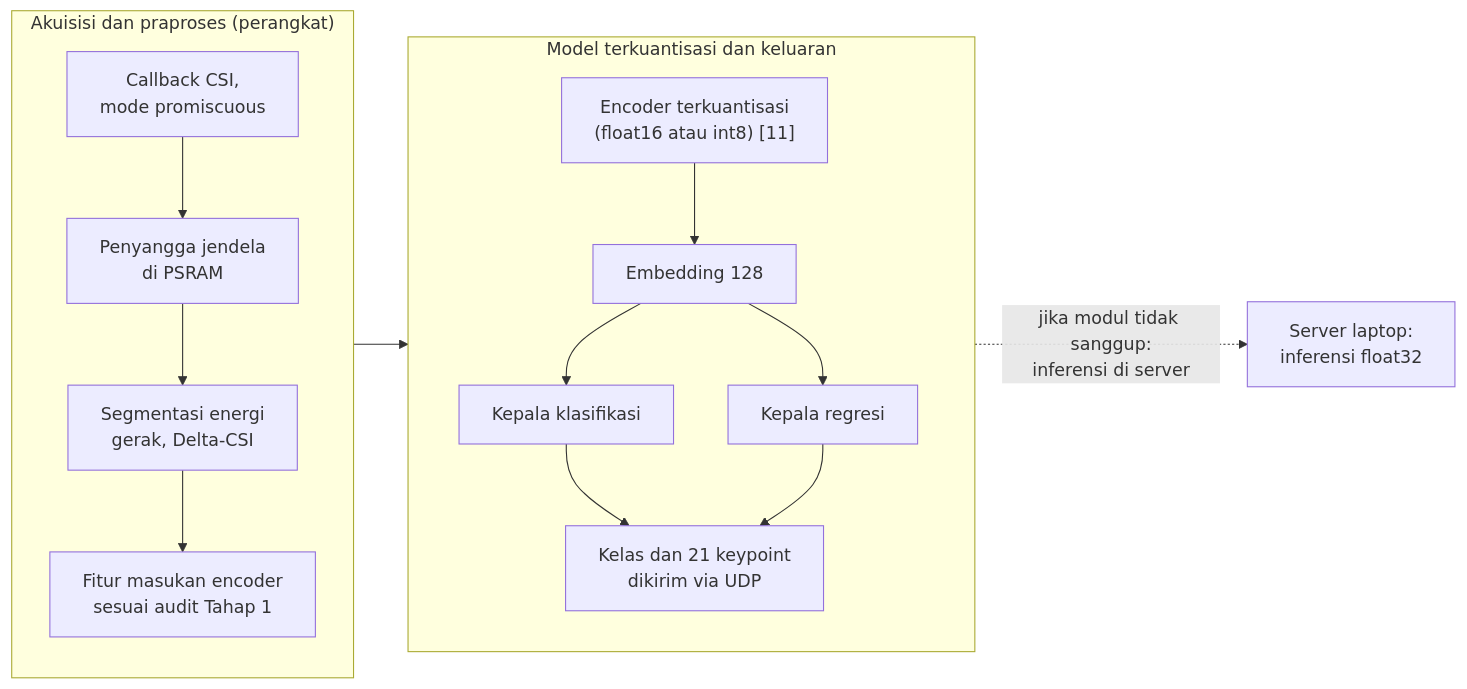
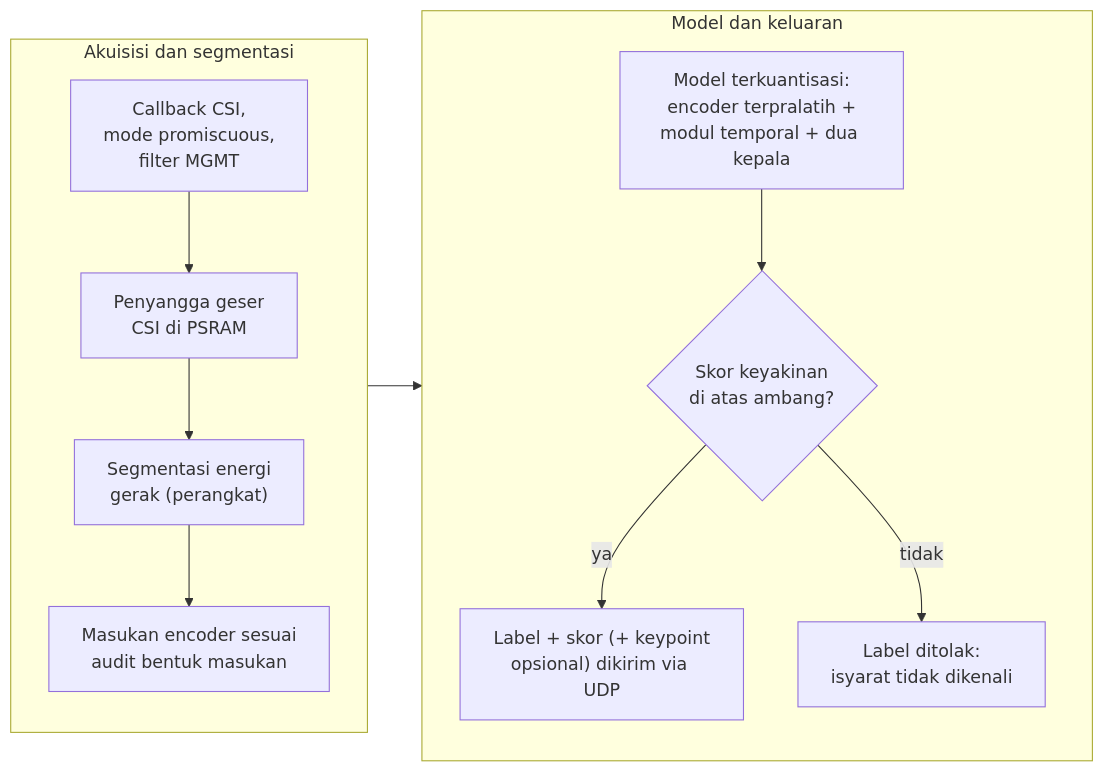
Before and after one commit to ILoveTahuTek/skripsi: the third of 3 diagrams in download/sensesibi-v10/_kerja-g16/src/03-bab3.md, drawn with Mermaid. The commit also changed other lines of this file and 30 other files, not shown here.

````diff
--- a/download/sensesibi-v10/_kerja-g16/src/03-bab3.md
+++ b/download/sensesibi-v10/_kerja-g16/src/03-bab3.md
@@ -217,33 +232,27 @@
 ```mermaid
 flowchart LR
-    accTitle: Alur inferensi model terkuantisasi pada ESP32-S3
-    accDescr: Bingkai CSI masuk melalui callback mode promiscuous ke penyangga jendela di PSRAM, segmen terdeteksi dari energi gerak Delta-CSI, fitur masukan encoder dihitung sesuai audit Tahap 1, encoder terkuantisasi menghasilkan embedding 128 dimensi, kepala klasifikasi dan kepala regresi menghasilkan kelas dan 21 keypoint, lalu keluaran dikirim via UDP. Jalur cadangan memindahkan inferensi ke server jika modul tidak sanggup.
+    accTitle: Alur inferensi langsung pada ESP32-S3
+    accDescr: Bingkai promiscuous masuk ke penyangga geser di PSRAM, segmen terdeteksi dari energi gerak, masukan encoder disiapkan sesuai audit bentuk masukan, model terkuantisasi berupa encoder terpralatih, modul temporal, dan dua kepala menghasilkan kelas beserta skor dan keypoint opsional, keluaran di atas ambang dikirim via UDP, dan keluaran di bawah ambang ditolak sebagai isyarat tidak dikenali.
 
-    subgraph R1["Akuisisi dan praproses (perangkat)"]
+    subgraph R1["Akuisisi dan segmentasi"]
         direction TB
-    CSI["Callback CSI,<br/>mode promiscuous"]
-    BUF["Penyangga jendela<br/>di PSRAM"]
-    SEG["Segmentasi energi<br/>gerak, Delta-CSI"]
-    FT["Fitur masukan encoder<br/>sesuai audit Tahap 1"]
+    CSI["Callback CSI,<br/>mode promiscuous,<br/>filter MGMT"]
+    BUF["Penyangga geser<br/>CSI di PSRAM"]
+    SEG["Segmentasi energi<br/>gerak (perangkat)"]
+    FT["Masukan encoder sesuai<br/>audit bentuk masukan"]
     CSI --> BUF
     BUF --> SEG
     SEG --> FT
     end
-
-    subgraph R2["Model terkuantisasi dan keluaran"]
+    subgraph R2["Model dan keluaran"]
         direction TB
-    ENC["Encoder terkuantisasi<br/>(float16 atau int8) [11]"]
-    EMB["Embedding 128"]
-    HCL["Kepala klasifikasi"]
-    HRG["Kepala regresi"]
-    OUT["Kelas dan 21 keypoint<br/>dikirim via UDP"]
-    ENC --> EMB
-    EMB --> HCL
-    EMB --> HRG
-    HCL --> OUT
-    HRG --> OUT
+    MOD["Model terkuantisasi:<br/>encoder terpralatih +<br/>modul temporal + dua kepala"]
+    DEC{"Skor keyakinan<br/>di atas ambang?"}
+    OUT["Label + skor (+ keypoint<br/>opsional) dikirim via UDP"]
+    RJ["Label ditolak:<br/>isyarat tidak dikenali"]
+    MOD --> DEC
+    DEC -- "ya" --> OUT
+    DEC -- "tidak" --> RJ
     end
-
     R1 --> R2
-    R2 -. "jika modul tidak sanggup:<br/>inferensi di server" .-> SRV["Server laptop:<br/>inferensi float32"]
 ```
````
